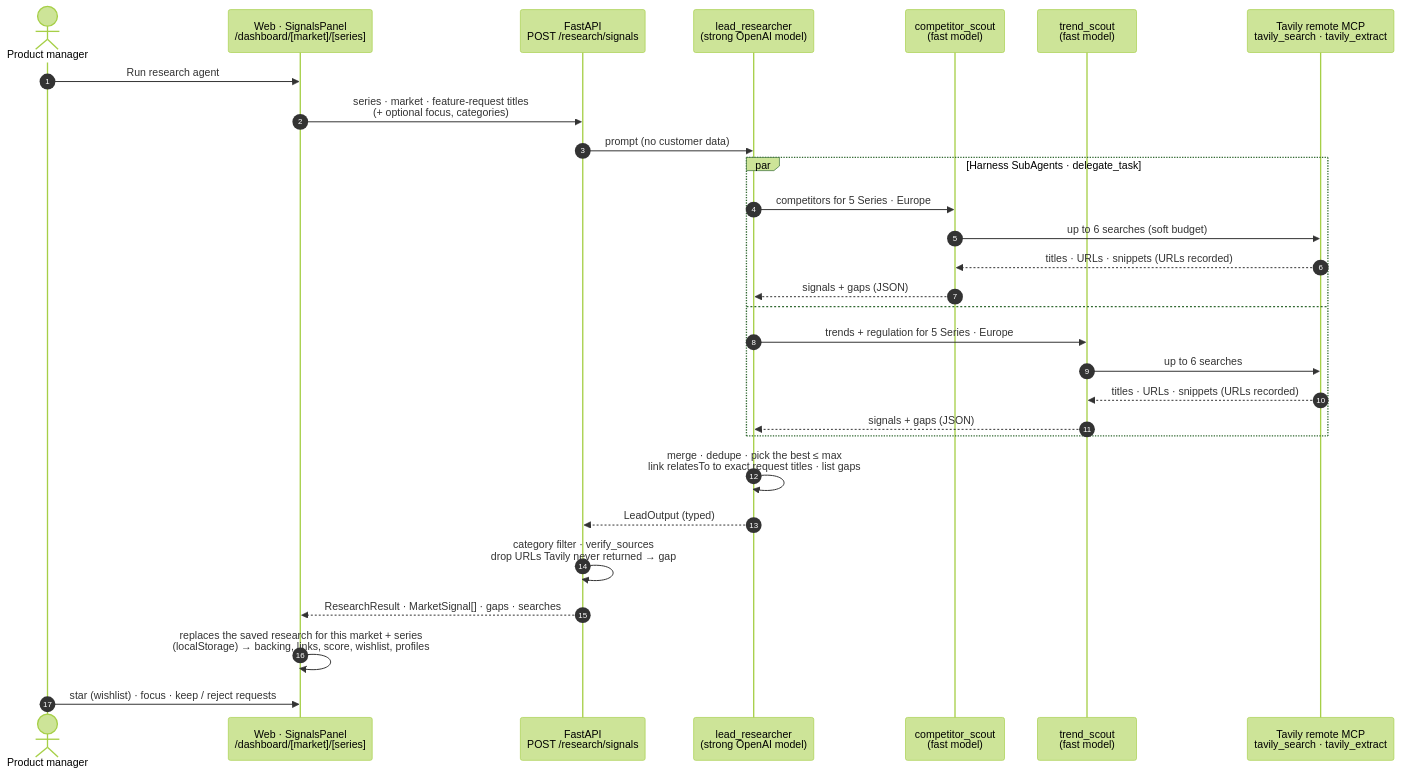
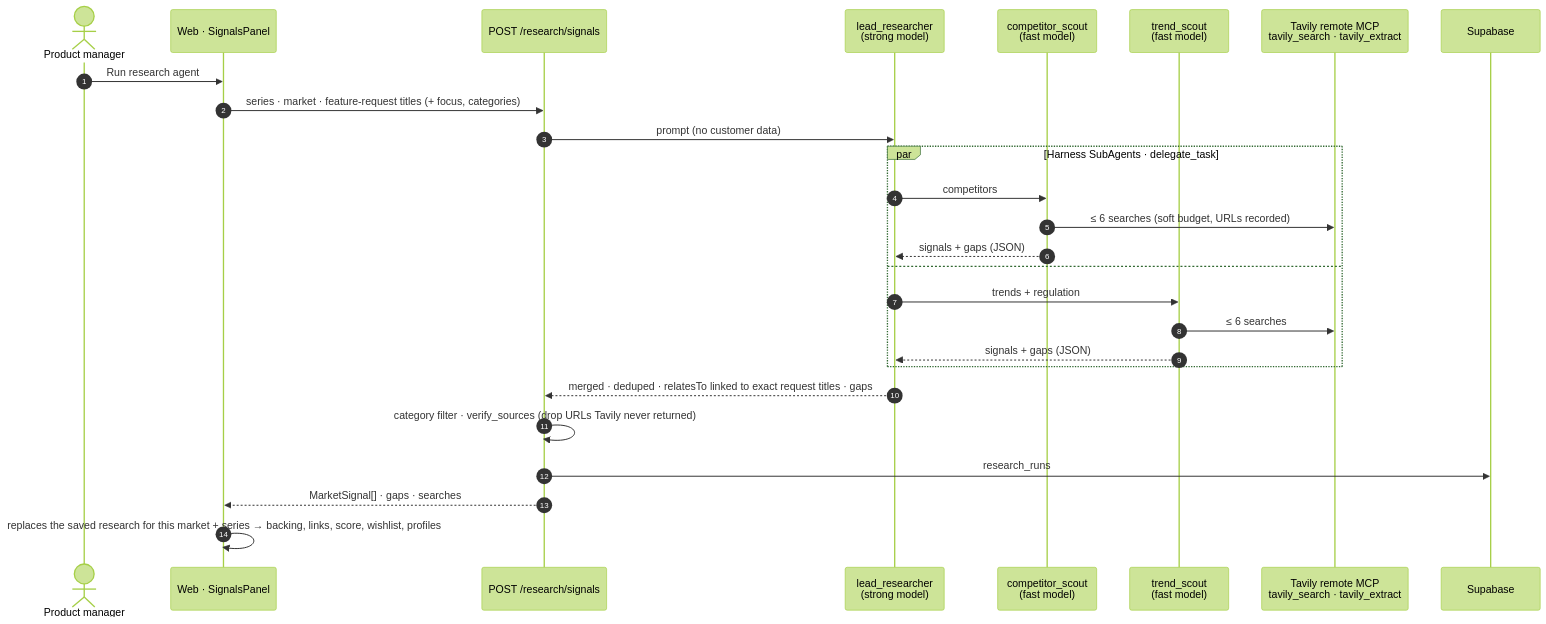
Before and after one commit to european-hackathon-league/submission-1ed05f96-9921-4f14-8fc3-e6402bea84fd-1413423705: the second of 3 diagrams in docs/architecture/10-backend-agents.md, drawn with Mermaid (forest theme). The commit also changed other lines of this file and 13 other files, not shown here.

First line of the commit message:
Docs: README and architecture as built (principle assessor, Supabase, decision memory)

````diff
--- a/docs/architecture/10-backend-agents.md
+++ b/docs/architecture/10-backend-agents.md
@@ -9,32 +46,30 @@
 ```mermaid
 sequenceDiagram
   autonumber
   actor PM as Product manager
-  participant UI as Web · SignalsPanel<br/>/dashboard/[market]/[series]
-  participant API as FastAPI<br/>POST /research/signals
-  participant Lead as lead_researcher<br/>(strong OpenAI model)
+  participant UI as Web · SignalsPanel
+  participant API as POST /research/signals
+  participant Lead as lead_researcher<br/>(strong model)
   participant CS as competitor_scout<br/>(fast model)
   participant TS as trend_scout<br/>(fast model)
   participant TV as Tavily remote MCP<br/>tavily_search · tavily_extract
+  participant DB as Supabase
 
   PM->>UI: Run research agent
-  UI->>API: series · market · feature-request titles<br/>(+ optional focus, categories)
+  UI->>API: series · market · feature-request titles (+ focus, categories)
   API->>Lead: prompt (no customer data)
   par Harness SubAgents · delegate_task
-    Lead->>CS: competitors for 5 Series · Europe
-    CS->>TV: up to 6 searches (soft budget)
-    TV-->>CS: titles · URLs · snippets (URLs recorded)
+    Lead->>CS: competitors
+    CS->>TV: ≤ 6 searches (soft budget, URLs recorded)
     CS-->>Lead: signals + gaps (JSON)
   and
-    Lead->>TS: trends + regulation for 5 Series · Europe
-    TS->>TV: up to 6 searches
-    TV-->>TS: titles · URLs · snippets (URLs recorded)
+    Lead->>TS: trends + regulation
+    TS->>TV: ≤ 6 searches
     TS-->>Lead: signals + gaps (JSON)
   end
-  Lead->>Lead: merge · dedupe · pick the best ≤ max<br/>link relatesTo to exact request titles · list gaps
-  Lead-->>API: LeadOutput (typed)
-  API->>API: category filter · verify_sources<br/>drop URLs Tavily never returned → gap
-  API-->>UI: ResearchResult · MarketSignal[] · gaps · searches
-  UI->>UI: replaces the saved research for this market + series<br/>(localStorage) → backing, links, score, wishlist, profiles
-  PM->>UI: star (wishlist) · focus · keep / reject requests
+  Lead-->>API: merged · deduped · relatesTo linked to exact request titles · gaps
+  API->>API: category filter · verify_sources (drop URLs Tavily never returned)
+  API->>DB: research_runs
+  API-->>UI: MarketSignal[] · gaps · searches
+  UI->>UI: replaces the saved research for this market + series → backing, links, score, wishlist, profiles
 ```
````
